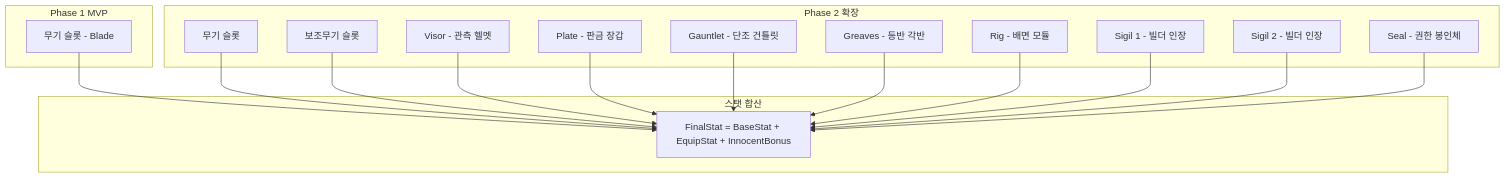
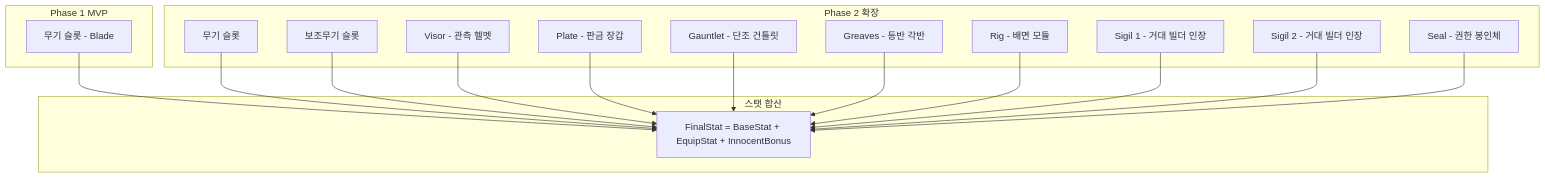
Before and after one commit to Biskraft/ProjectAbyss: the first of 2 diagrams in Documents/System/System_Equipment_Slots.md, drawn with Mermaid. The commit also changed other lines of this file and 99 other files, not shown here.

````diff
--- a/Documents/System/System_Equipment_Slots.md
+++ b/Documents/System/System_Equipment_Slots.md
@@ -93,35 +93,35 @@
 ```mermaid
 graph TD
     subgraph "Phase 1 MVP"
         WPN[무기 슬롯 - Blade]
     end
 
     subgraph "Phase 2 확장"
         WPN2[무기 슬롯]
         SUB[보조무기 슬롯]
         VSR[Visor - 관측 헬멧]
         PLT[Plate - 판금 장갑]
         GNT[Gauntlet - 단조 건틀릿]
         GRV[Greaves - 등반 각반]
         RIG[Rig - 배면 모듈]
-        SGL1[Sigil 1 - 빌더 인장]
-        SGL2[Sigil 2 - 빌더 인장]
+        SGL1[Sigil 1 - 거대 빌더 인장]
+        SGL2[Sigil 2 - 거대 빌더 인장]
         SEAL[Seal - 권한 봉인체]
     end
 
     subgraph "스탯 합산"
         FINAL[FinalStat = BaseStat + EquipStat + InnocentBonus]
     end
 
     WPN --> FINAL
     WPN2 --> FINAL
     SUB --> FINAL
     VSR --> FINAL
     PLT --> FINAL
     GNT --> FINAL
     GRV --> FINAL
     RIG --> FINAL
     SGL1 --> FINAL
     SGL2 --> FINAL
     SEAL --> FINAL
 ```
````
